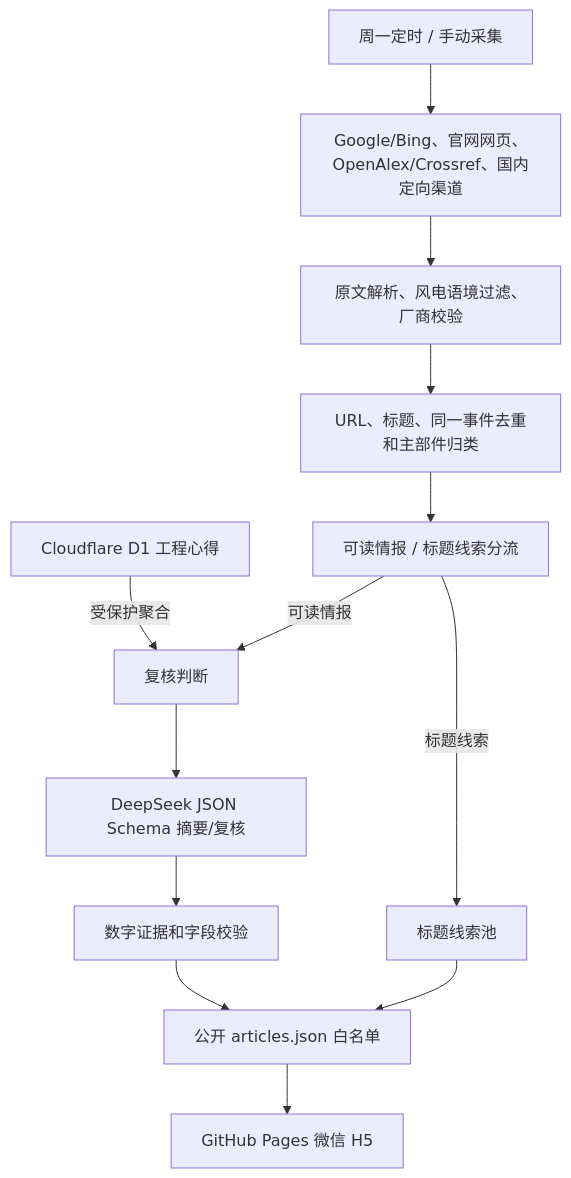
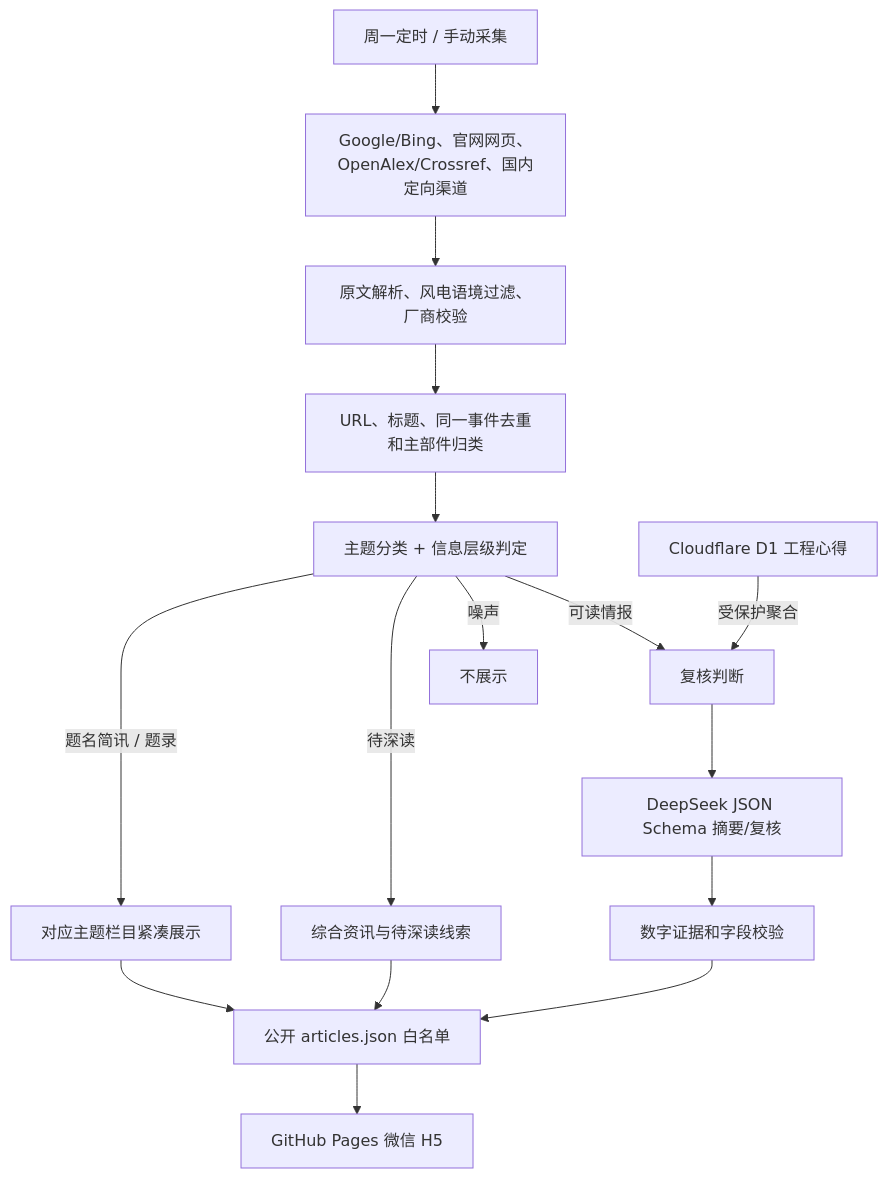
One commit to WxF5ve/wind-drivetrain-intelligence changed the diagram in HUNDOFF.md. Above: the diagram before and after it, drawn with Mermaid. The commit also changed other lines of this file and 12 other files, not shown here.

````diff
--- a/HUNDOFF.md
+++ b/HUNDOFF.md
@@ -219,15 +221,18 @@
 ```mermaid
 flowchart TD
     A["周一定时 / 手动采集"] --> B["Google/Bing、官网网页、OpenAlex/Crossref、国内定向渠道"]
     B --> C["原文解析、风电语境过滤、厂商校验"]
     C --> D["URL、标题、同一事件去重和主部件归类"]
-    D --> E["可读情报 / 标题线索分流"]
-    E -->|"标题线索"| L["标题线索池"]
+    D --> E["主题分类 + 信息层级判定"]
+    E -->|"题名简讯 / 题录"| T["对应主题栏目紧凑展示"]
+    E -->|"待深读"| L["综合资讯与待深读线索"]
+    E -->|"噪声"| X["不展示"]
     F["Cloudflare D1 工程心得"] -->|"受保护聚合"| G["复核判断"]
     E -->|"可读情报"| G
     G --> H["DeepSeek JSON Schema 摘要/复核"]
     H --> I["数字证据和字段校验"]
     I --> J["公开 articles.json 白名单"]
+    T --> J
     L --> J
     J --> K["GitHub Pages 微信 H5"]
 ```
````
